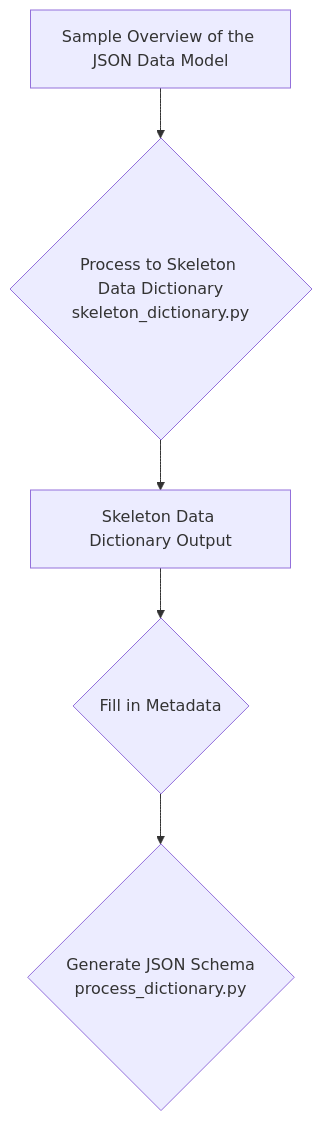
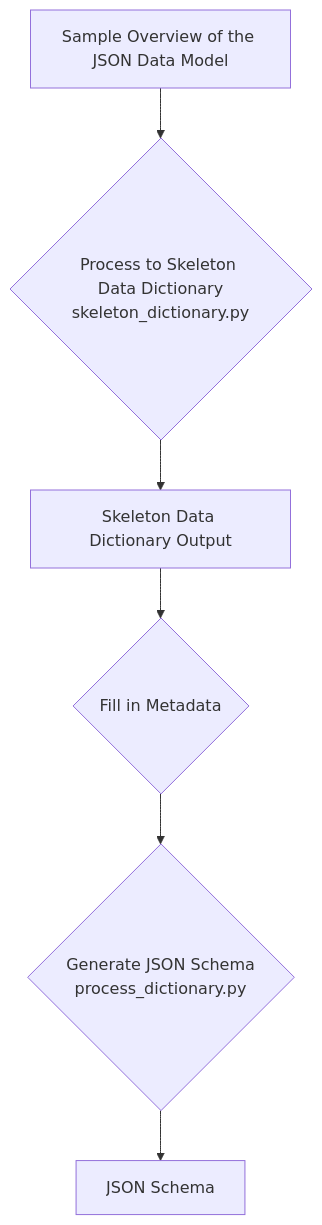
One commit to clinical-biomarkers/biomarker-partnership changed the diagram in data_dictionary/README.md. Above: the diagram before and after it, drawn with Mermaid.

Commit message:
added result node to flowchart

````diff
--- a/data_dictionary/README.md
+++ b/data_dictionary/README.md
@@ -17,7 +17,8 @@
 ```mermaid
 flowchart TD  
     A[Sample Overview of the JSON Data Model] --> B{Process to Skeleton Data Dictionary\nskeleton_dictionary.py}
     B --> C[Skeleton Data Dictionary Output]
     C --> D{Fill in Metadata}
     D --> E{Generate JSON Schema\nprocess_dictionary.py}
+    E --> F[JSON Schema]
 ```
````
